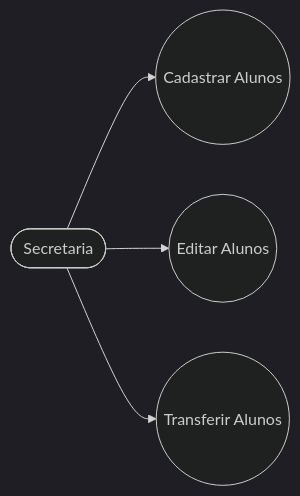
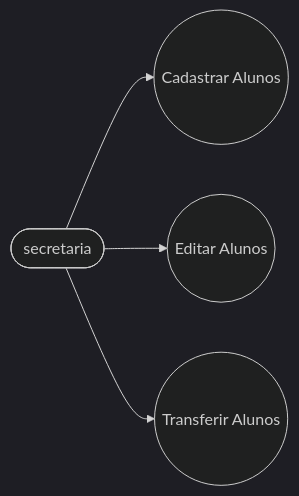
The first of 2 diagrams in readme.md (lvlv83863-oss/universidade), drawn with Mermaid (dark theme) before and after one commit. The commit also changed other lines of this file and 7 other files, not shown here.

````diff
--- a/readme.md
+++ b/readme.md
@@ -7,12 +7,12 @@
- ```mermaid
+```mermaid
 flowchart LR
-    Usuario([Secretaria])
+    Usuario([secretaria])
 
     UC1((Cadastrar Alunos))
     UC2((Editar Alunos))
     UC3((Transferir Alunos))
 
     Usuario --> UC1
     Usuario --> UC2
     Usuario --> UC3
- ```
+```
````
